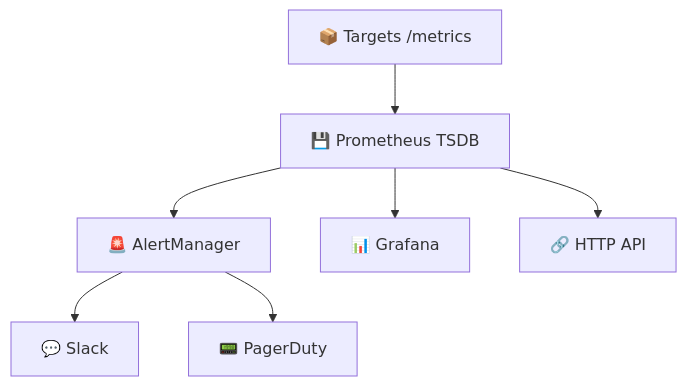
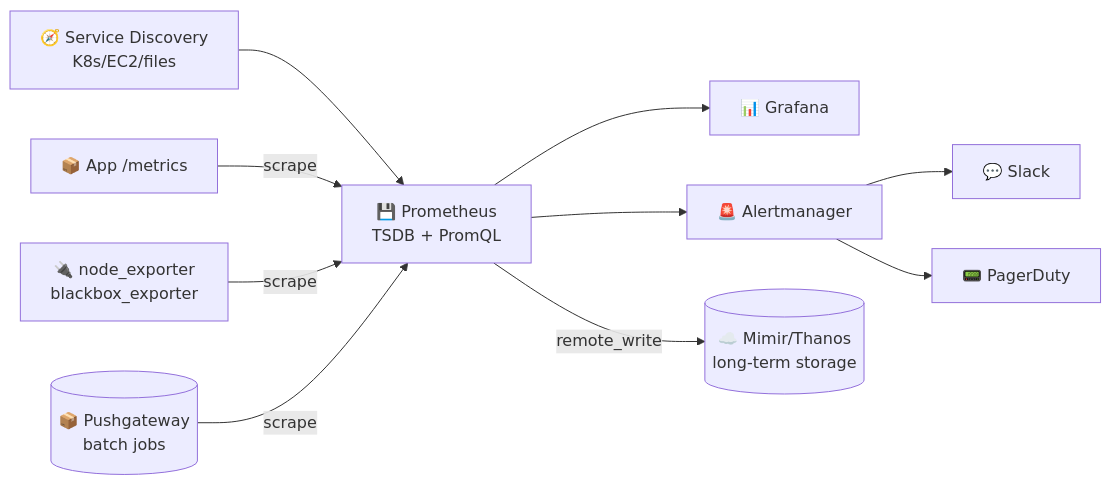
The fourth of 7 diagrams in lectures/lec8.md (inno-devops-labs/DevOps-Core-Course), drawn with Mermaid before and after one commit. The commit also changed other lines of this file and 24 other files, not shown here.

````diff
--- a/lectures/lec8.md
+++ b/lectures/lec8.md
@@ -210,9 +109,12 @@
 ```mermaid
-flowchart TD
-  Targets[📦 Targets /metrics] --> Prometheus[💾 Prometheus TSDB]
-  Prometheus --> AlertManager[🚨 AlertManager]
-  Prometheus --> Grafana[📊 Grafana]
-  Prometheus --> API[🔗 HTTP API]
-  AlertManager --> Slack[💬 Slack]
-  AlertManager --> PagerDuty[📟 PagerDuty]
+flowchart LR
+  SD[🧭 Service Discovery<br/>K8s/EC2/files] --> Prom
+  T1[📦 App /metrics] -->|scrape| Prom[💾 Prometheus<br/>TSDB + PromQL]
+  Exp[🔌 node_exporter<br/>blackbox_exporter] -->|scrape| Prom
+  PG[(📦 Pushgateway<br/>batch jobs)] -->|scrape| Prom
+  Prom --> Graf[📊 Grafana]
+  Prom --> AM[🚨 Alertmanager]
+  AM --> Slack[💬 Slack]
+  AM --> PD[📟 PagerDuty]
+  Prom -->|remote_write| LTS[(☁️ Mimir/Thanos<br/>long-term storage)]
 ```
````
